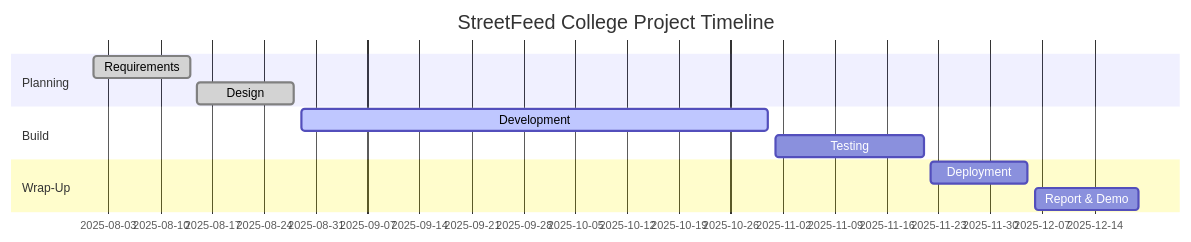
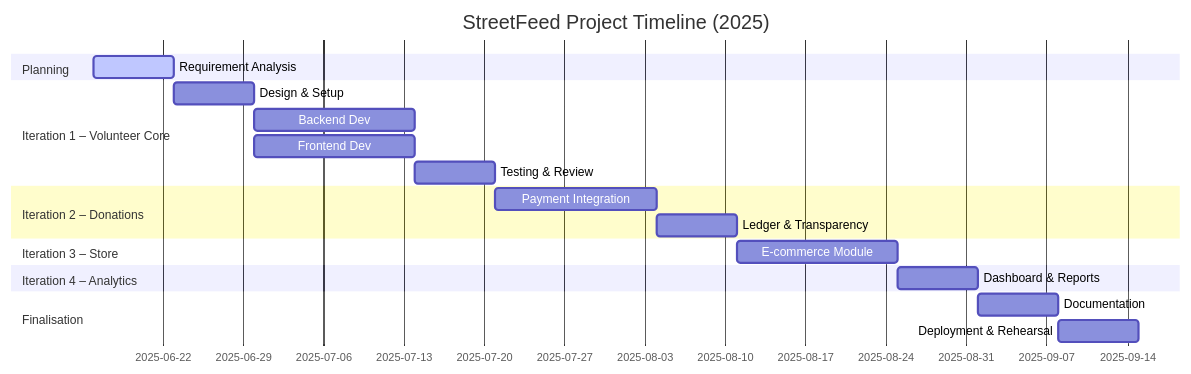
Before and after one commit to almos0002/playerjs: the third of 3 diagrams in proposal_defence.md, drawn with Mermaid. The commit also changed other lines of this file, not shown here.

````diff
--- a/proposal_defence.md
+++ b/proposal_defence.md
@@ -134,14 +133,22 @@
 ```mermaid
 gantt
-  dateFormat  YYYY-MM-DD
-  title StreetFeed College Project Timeline
-  section Planning
-  Requirements     :done, 2025-08-01, 2025-08-14
-  Design           :done, 2025-08-15, 2025-08-28
-  section Build
-  Development      :active, 2025-08-29, 2025-10-31
-  Testing          :        2025-11-01, 2025-11-21
-  section Wrap-Up
-  Deployment       :        2025-11-22, 2025-12-05
-  Report & Demo    :        2025-12-06, 2025-12-20
+    dateFormat  YYYY-MM-DD
+    title StreetFeed Project Timeline (2025)
+    section Planning
+    Requirement Analysis    :active, a1, 2025-06-16, 1w
+    section Iteration 1 – Volunteer Core
+    Design & Setup          :a2, after a1, 1w
+    Backend Dev             :a3, after a2, 2w
+    Frontend Dev            :a4, after a2, 2w
+    Testing & Review        :a5, after a4, 1w
+    section Iteration 2 – Donations
+    Payment Integration     :b1, after a5, 2w
+    Ledger & Transparency   :b2, after b1, 1w
+    section Iteration 3 – Store
+    E-commerce Module       :c1, after b2, 2w
+    section Iteration 4 – Analytics
+    Dashboard & Reports     :d1, after c1, 1w
+    section Finalisation
+    Documentation           :e1, after d1, 1w
+    Deployment & Rehearsal  :e2, after e1, 1w
 ```
````
